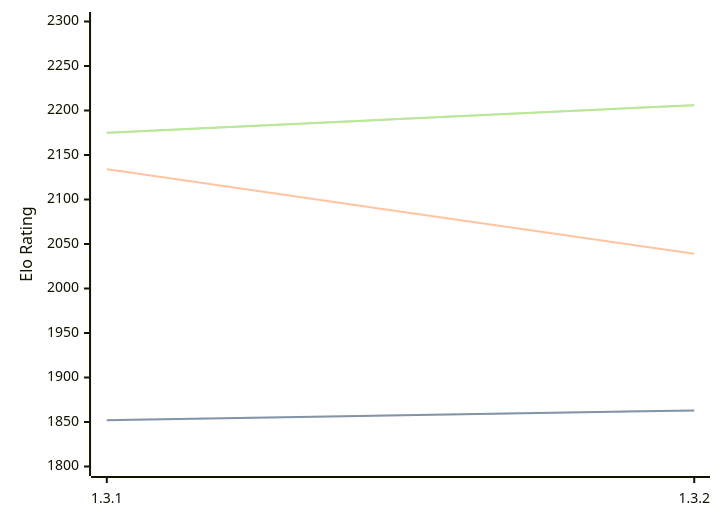
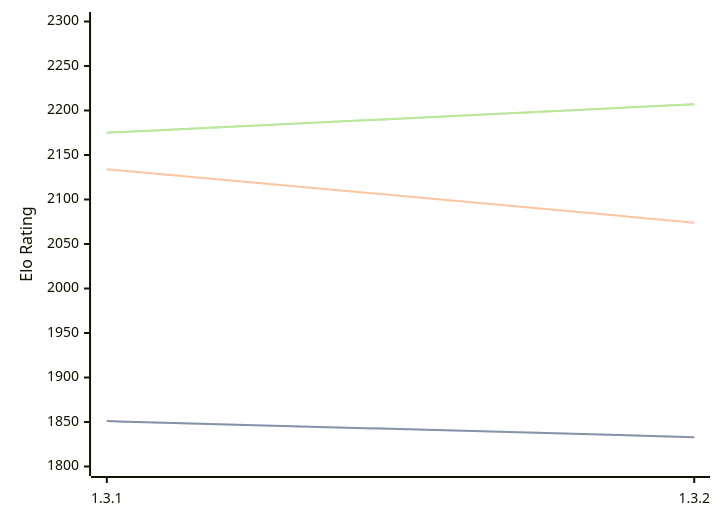
One commit to computer-chess-index/cci changed the first of 3 diagrams in engines/Zugblitz.md. Above: the diagram before and after it, drawn with Mermaid. The commit also changed other lines of this file, not shown here.

Commit message:
Update CCI Ratings (ELO VLTC) - 2026-06-19

````diff
--- a/engines/Zugblitz.md
+++ b/engines/Zugblitz.md
@@ -32,11 +32,11 @@
 ```mermaid
 %%{init: {"theme":"base","themeVariables":{"seriesColors:['#a3a3a3','#222221','#faa371']}}}%%
 xychart-beta
   x-axis ["1.3.1", "1.3.2"]
   y-axis "Elo Rating" 1800 --> 2300
-  line "STC (8.0+0.08s)" [1852, 1863]
-  line "STC (8.0+0.08s)" [1852, 1863]
-  line "LTC (60.0+0.60s)" [2134, 2039]
-  line "VLTC (2m24s+1.12s)" [2175, 2206]
-  line "VLTC (2m24s+1.12s)" [2175, 2206]
+  line "STC (8.0+0.08s)" [1851, 1833]
+  line "STC (8.0+0.08s)" [1851, 1833]
+  line "LTC (60.0+0.60s)" [2134, 2074]
+  line "VLTC (2m24s+1.12s)" [2175, 2207]
+  line "VLTC (2m24s+1.12s)" [2175, 2207]
 ```
````
